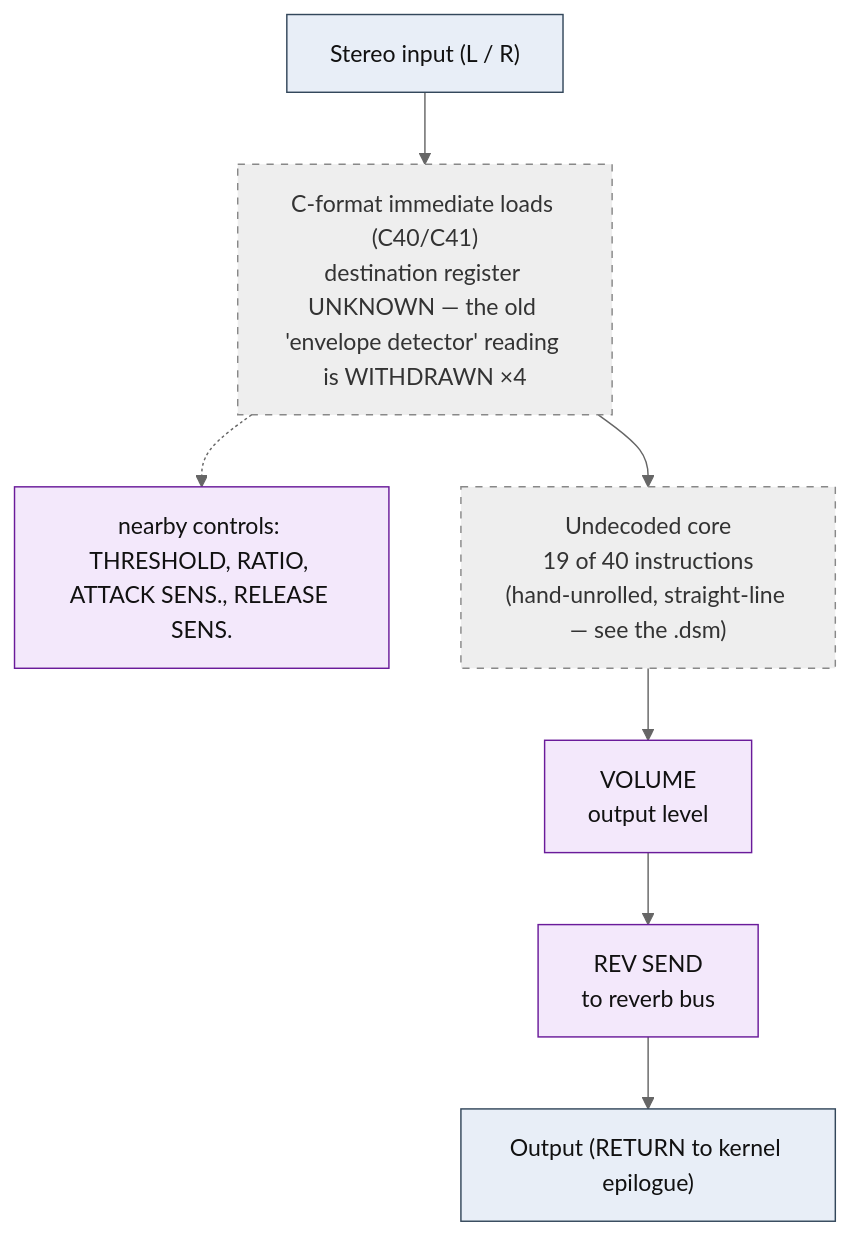
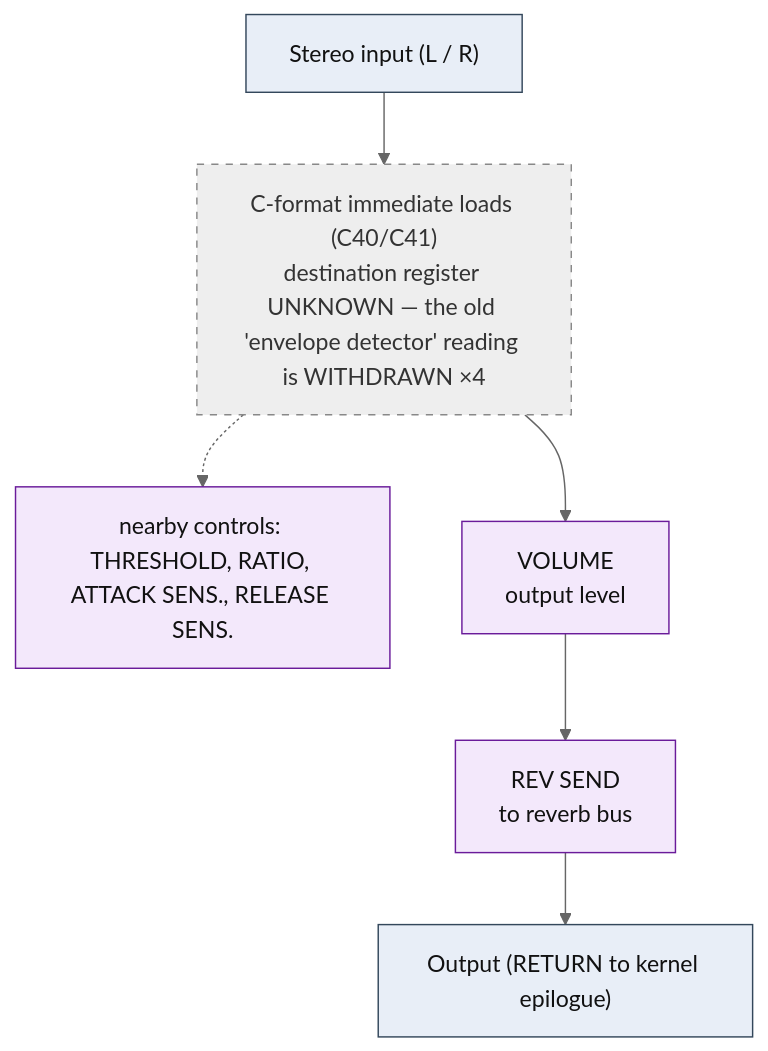
One commit to ArqueologiaDigital/kn5000-roms-disasm changed the diagram in dsp/flowcharts/prog36_compressor.md. Above: the diagram before and after it, drawn with Mermaid (neutral theme). The commit also changed other lines of this file and 39 other files, not shown here.

First line of the commit message:
dsp: annotate all flowcharts with the classic effect topology each shape matches

````diff
--- a/dsp/flowcharts/prog36_compressor.md
+++ b/dsp/flowcharts/prog36_compressor.md
@@ -12,26 +12,24 @@
 ```mermaid
 flowchart TD
     N0["Stereo input (L / R)"]
     N1["C-format immediate loads (C40/C41)<br/>destination register UNKNOWN &mdash; the old 'envelope detector' reading is WITHDRAWN &times;4"]
     N0 --> N1
     N2["nearby controls: THRESHOLD, RATIO, ATTACK SENS., RELEASE SENS."]
     N1 -.-> N2
-    N3["Undecoded core<br/>19 of 40 instructions<br/>(hand-unrolled, straight-line &mdash; see the .dsm)"]
+    N3["VOLUME<br/>output level"]
     N1 --> N3
-    N4["VOLUME<br/>output level"]
+    N4["REV SEND<br/>to reverb bus"]
     N3 --> N4
-    N5["REV SEND<br/>to reverb bus"]
+    N5["Output (RETURN to kernel epilogue)"]
     N4 --> N5
-    N6["Output (RETURN to kernel epilogue)"]
-    N5 --> N6
 
     classDef io fill:#e8eef7,stroke:#33475b,stroke-width:1px,color:#111;
     classDef proven fill:#d7f0d7,stroke:#2e7d32,stroke-width:2px,color:#111;
     classDef measured fill:#dbe9fb,stroke:#1565c0,stroke-width:1.5px,color:#111;
     classDef inferred fill:#fdf0d5,stroke:#b8860b,stroke-width:1.5px,color:#111;
     classDef open fill:#eeeeee,stroke:#888,stroke-width:1px,color:#333,stroke-dasharray:5 5;
     classDef ctrl fill:#f3e8fb,stroke:#6a1b9a,stroke-width:1px,color:#111;
-    class N0,N6 io;
-    class N1,N3 open;
-    class N2,N4,N5 ctrl;
+    class N0,N5 io;
+    class N1 open;
+    class N2,N3,N4 ctrl;
 ```
````
